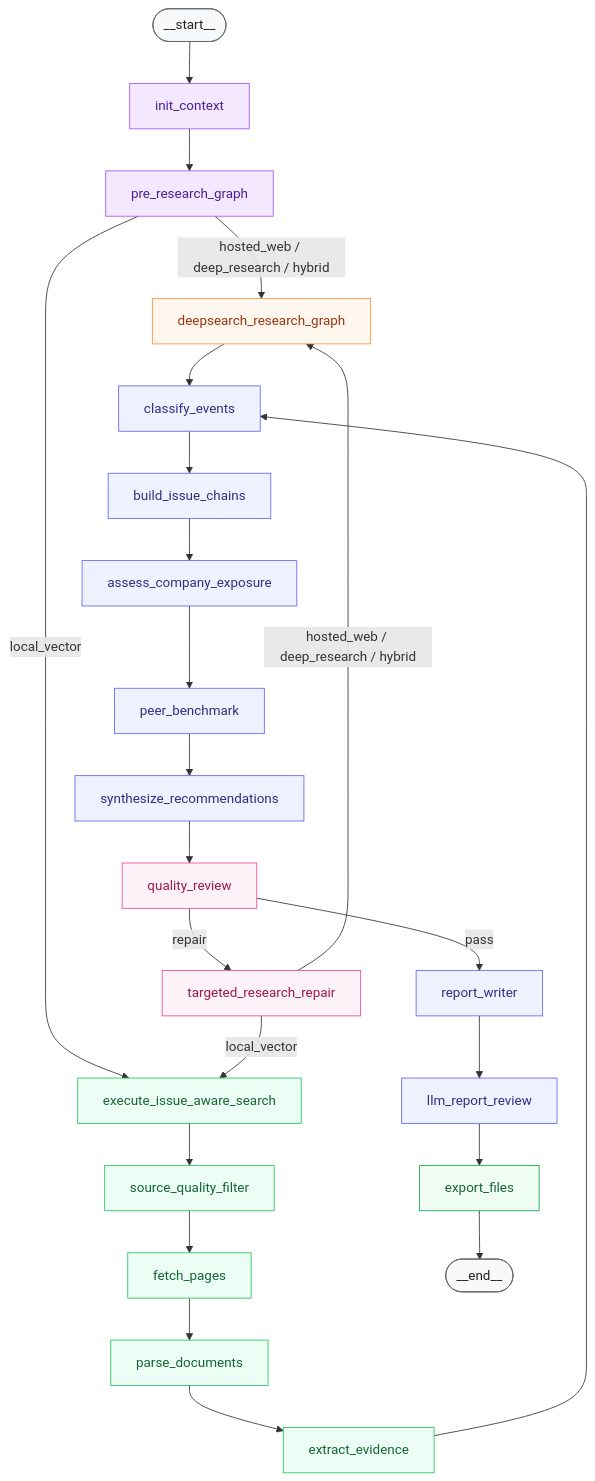
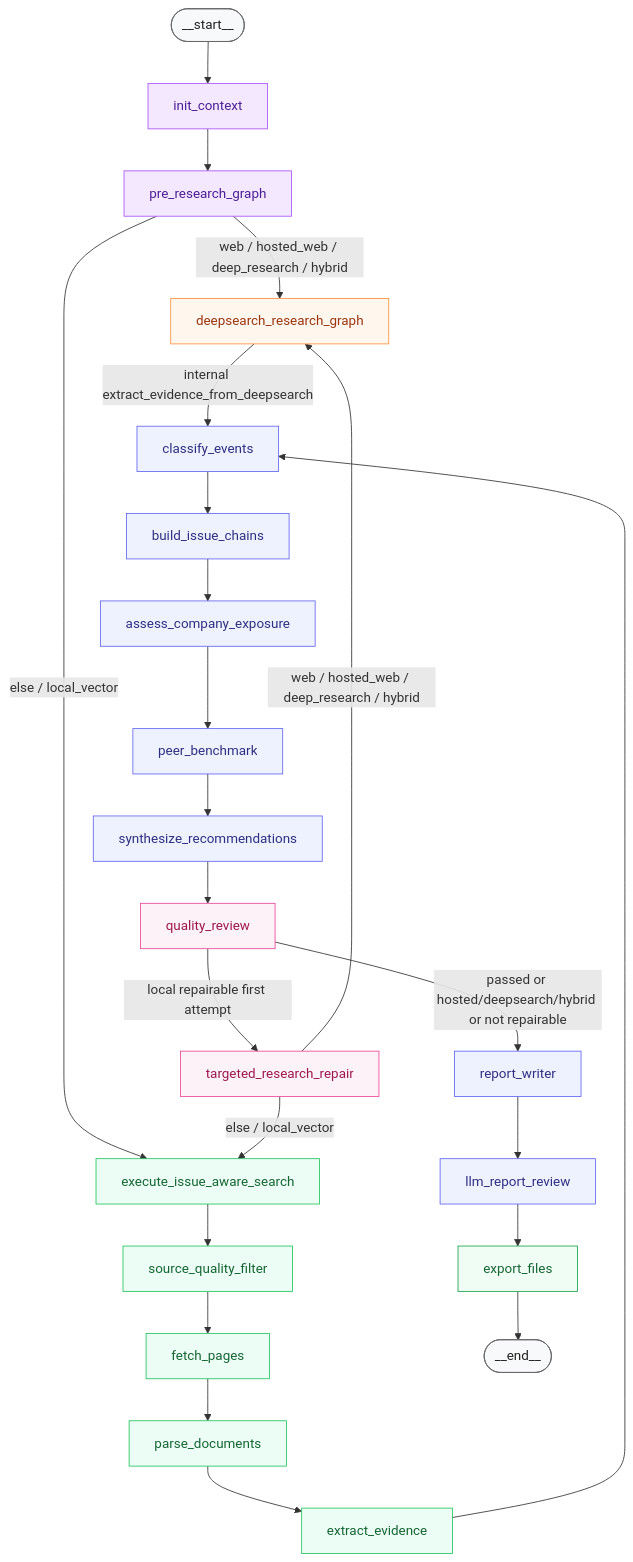
The diagram in README.md (Linkai0905/ESG_monthly_agent), drawn with Mermaid before and after one commit. The commit also changed other lines of this file, not shown here.

Commit message:
docs: align README graph with current workflow

````diff
--- a/README.md
+++ b/README.md
@@ -82,48 +82,48 @@
 ```mermaid
 flowchart TD
     START([__start__]) --> init_context
     init_context --> pre_research_graph
 
-    pre_research_graph -->|hosted_web / deep_research / hybrid| deepsearch_research_graph
-    pre_research_graph -->|local_vector| execute_issue_aware_search
+    pre_research_graph -->|web / hosted_web / deep_research / hybrid| deepsearch_research_graph
+    pre_research_graph -->|else / local_vector| execute_issue_aware_search
 
-    deepsearch_research_graph --> classify_events
+    deepsearch_research_graph -->|internal extract_evidence_from_deepsearch| classify_events
 
     execute_issue_aware_search --> source_quality_filter
     source_quality_filter --> fetch_pages
     fetch_pages --> parse_documents
     parse_documents --> extract_evidence
     extract_evidence --> classify_events
 
     classify_events --> build_issue_chains
     build_issue_chains --> assess_company_exposure
     assess_company_exposure --> peer_benchmark
     peer_benchmark --> synthesize_recommendations
     synthesize_recommendations --> quality_review
 
-    quality_review -->|pass| report_writer
-    quality_review -->|repair| targeted_research_repair
+    quality_review -->|passed or hosted/deepsearch/hybrid or not repairable| report_writer
+    quality_review -->|local repairable first attempt| targeted_research_repair
 
-    targeted_research_repair -->|hosted_web / deep_research / hybrid| deepsearch_research_graph
-    targeted_research_repair -->|local_vector| execute_issue_aware_search
+    targeted_research_repair -->|web / hosted_web / deep_research / hybrid| deepsearch_research_graph
+    targeted_research_repair -->|else / local_vector| execute_issue_aware_search
 
     report_writer --> llm_report_review
     llm_report_review --> export_files
     export_files --> END([__end__])
 
     classDef startEnd fill:#f8f9fa,stroke:#666,color:#222;
     classDef setup fill:#f3e8ff,stroke:#a855f7,color:#4c1d95;
     classDef local fill:#ecfdf5,stroke:#22c55e,color:#166534;
     classDef hosted fill:#fff7ed,stroke:#fb923c,color:#9a3412;
     classDef reasoning fill:#eef2ff,stroke:#6366f1,color:#312e81;
     classDef review fill:#fdf2f8,stroke:#ec4899,color:#9d174d;
     classDef export fill:#f0fdf4,stroke:#16a34a,color:#166534;
 
     class START,END startEnd;
     class init_context,pre_research_graph setup;
     class execute_issue_aware_search,source_quality_filter,fetch_pages,parse_documents,extract_evidence local;
     class deepsearch_research_graph hosted;
     class classify_events,build_issue_chains,assess_company_exposure,peer_benchmark,synthesize_recommendations,report_writer,llm_report_review reasoning;
     class quality_review,targeted_research_repair review;
     class export_files export;
 ```
````
